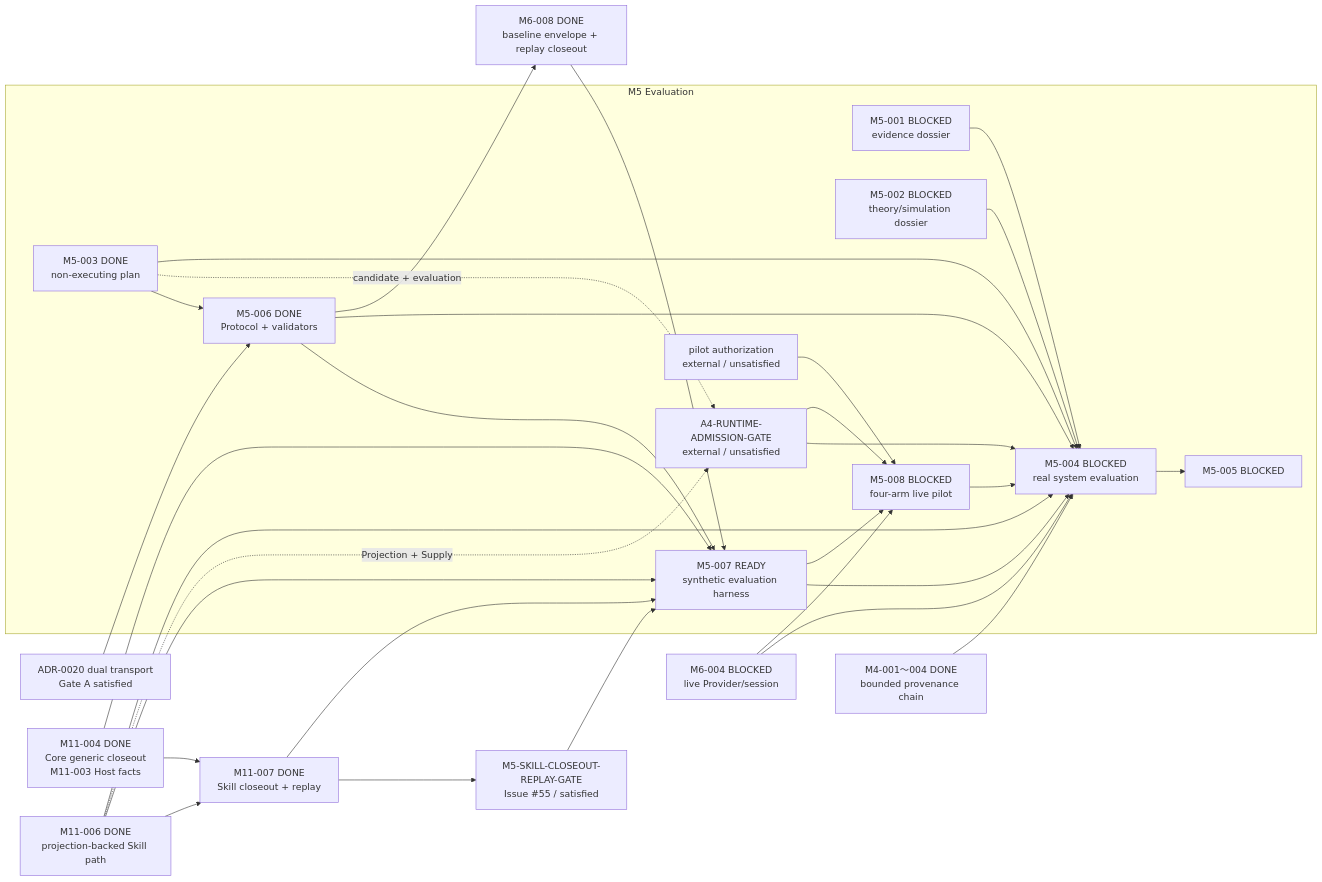
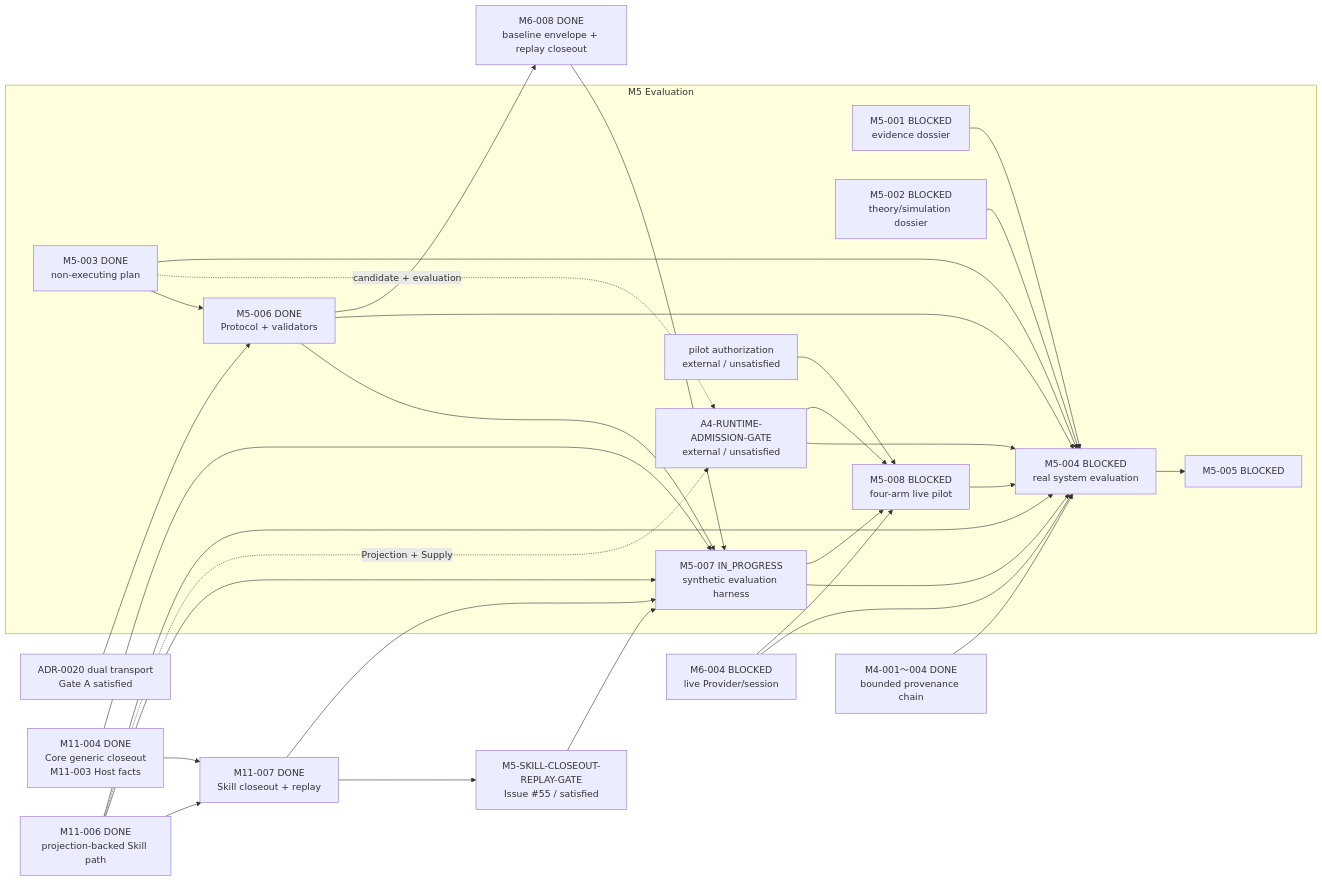
The third of 5 diagrams in docs/M_SERIES_IMPLEMENTATION_MAP.md (Chengyue-Lu/research-agent-workbench), drawn with Mermaid before and after one commit. The commit also changed other lines of this file and 51 other files, not shown here.

````diff
--- a/docs/M_SERIES_IMPLEMENTATION_MAP.md
+++ b/docs/M_SERIES_IMPLEMENTATION_MAP.md
@@ -99,35 +99,35 @@
 ```mermaid
 flowchart LR
     subgraph M5["M5 Evaluation"]
         M5001["M5-001 BLOCKED<br/>evidence dossier"] --> M5004["M5-004 BLOCKED<br/>real system evaluation"]
         M5002["M5-002 BLOCKED<br/>theory/simulation dossier"] --> M5004
         M5003["M5-003 DONE<br/>non-executing plan"] --> M5006["M5-006 DONE<br/>Protocol + validators"]
-        M5006 --> M5007["M5-007 READY<br/>synthetic evaluation harness"]
+        M5006 --> M5007["M5-007 IN_PROGRESS<br/>synthetic evaluation harness"]
         M5003 -. "candidate + evaluation" .-> A4G["A4-RUNTIME-ADMISSION-GATE<br/>external / unsatisfied"]
         A4G --> M5004
         M5003 --> M5004
         M5006 --> M5004
         M5007 --> M5004
         M5007 --> M5008["M5-008 BLOCKED<br/>four-arm live pilot"]
         A4G --> M5008
         PG["pilot authorization<br/>external / unsatisfied"] --> M5008
         M5008 --> M5004
         M5004 --> M5005["M5-005 BLOCKED"]
     end
 
     M4Done["M4-001～004 DONE<br/>bounded provenance chain"] --> M5004
     BTG["ADR-0020 dual transport<br/>Gate A satisfied"] --> M5006
     M5006 --> M6008["M6-008 DONE<br/>baseline envelope + replay closeout"]
     M6008 --> M5007
     M1104["M11-004 DONE<br/>Core generic closeout<br/>M11-003 Host facts"] --> M5007
     M1106["M11-006 DONE<br/>projection-backed Skill path"] --> M5007
     M1104 --> M1107["M11-007 DONE<br/>Skill closeout + replay"]
     M1106 --> M1107
     M1107 --> M5007
     M1107 --> SCG
     SCG["M5-SKILL-CLOSEOUT-REPLAY-GATE<br/>Issue #55 / satisfied"] --> M5007
     M1106 -. "Projection + Supply" .-> A4G
     M1106 --> M5004
     M6004["M6-004 BLOCKED<br/>live Provider/session"] --> M5004
     M6004 --> M5008
 ```
````
